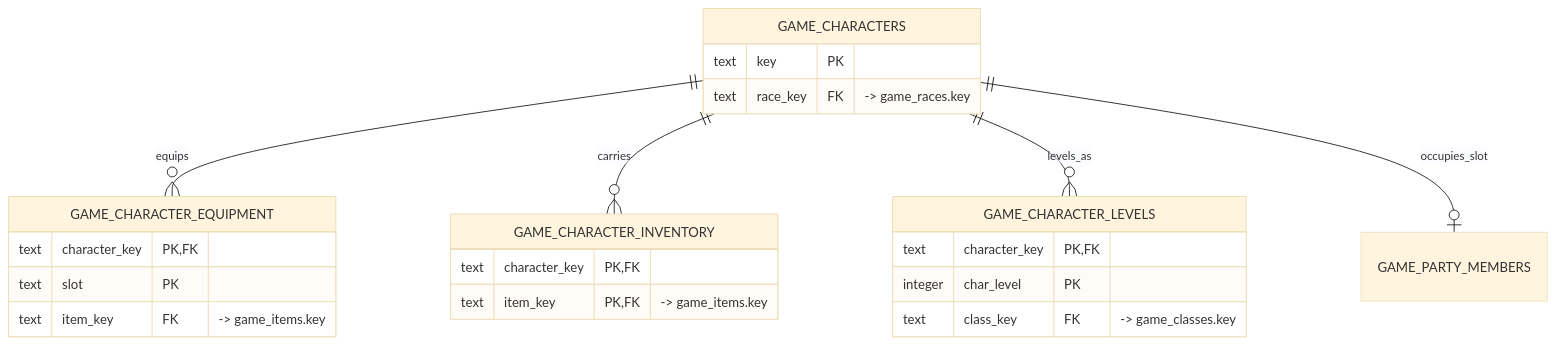
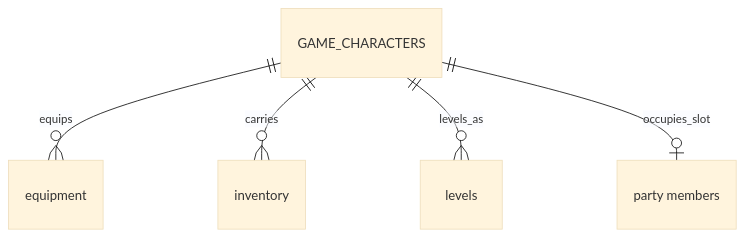
Diagram 16 of 19 in skills/diagrams/references/worked-examples.md (jonasferagen/agent-skills), drawn with Mermaid (base theme) before and after one commit. The commit also changed other lines of this file and 14 other files, not shown here.

Commit message:
Reconcile skill package conventions and diagram examples

````diff
--- a/skills/diagrams/references/worked-examples.md
+++ b/skills/diagrams/references/worked-examples.md
@@ -369,26 +369,12 @@
 ```mermaid
 erDiagram
+  GAME_CHARACTER_EQUIPMENT["equipment"]
+  GAME_CHARACTER_INVENTORY["inventory"]
+  GAME_CHARACTER_LEVELS["levels"]
+  GAME_PARTY_MEMBERS["party members"]
+
   GAME_CHARACTERS ||--o{ GAME_CHARACTER_EQUIPMENT : equips
   GAME_CHARACTERS ||--o{ GAME_CHARACTER_INVENTORY : carries
   GAME_CHARACTERS ||--o{ GAME_CHARACTER_LEVELS : levels_as
   GAME_CHARACTERS ||--o| GAME_PARTY_MEMBERS : occupies_slot
-
-  GAME_CHARACTERS {
-    text key PK
-    text race_key FK "-> game_races.key"
-  }
-  GAME_CHARACTER_EQUIPMENT {
-    text character_key PK, FK
-    text slot PK
-    text item_key FK "-> game_items.key"
-  }
-  GAME_CHARACTER_INVENTORY {
-    text character_key PK, FK
-    text item_key PK, FK "-> game_items.key"
-  }
-  GAME_CHARACTER_LEVELS {
-    text character_key PK, FK
-    integer char_level PK
-    text class_key FK "-> game_classes.key"
-  }
 ```
````
